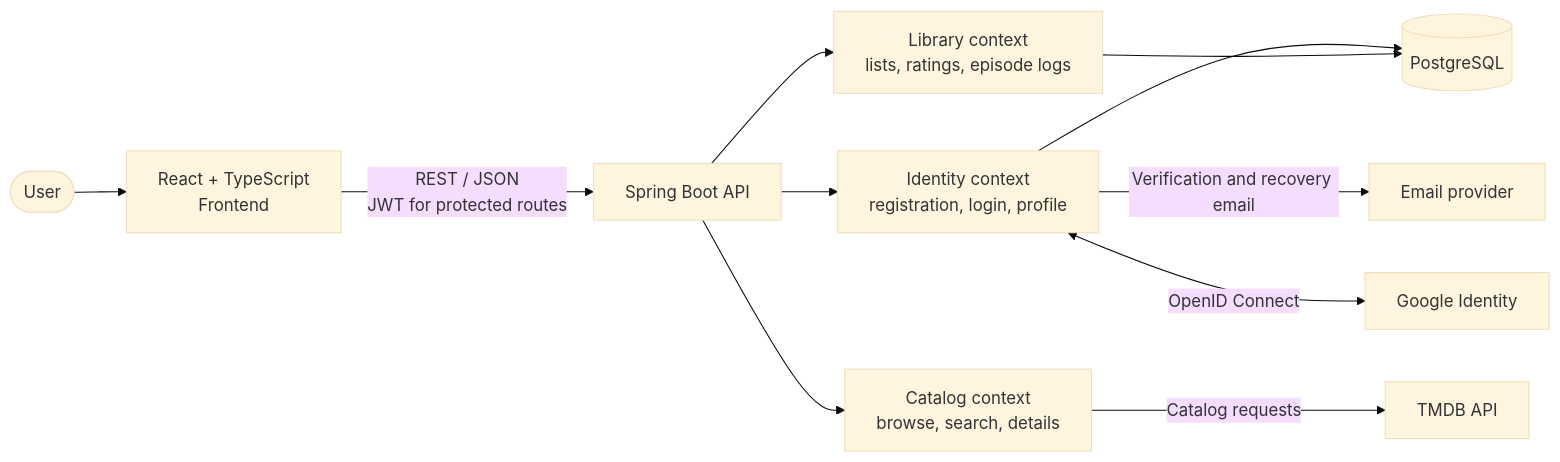
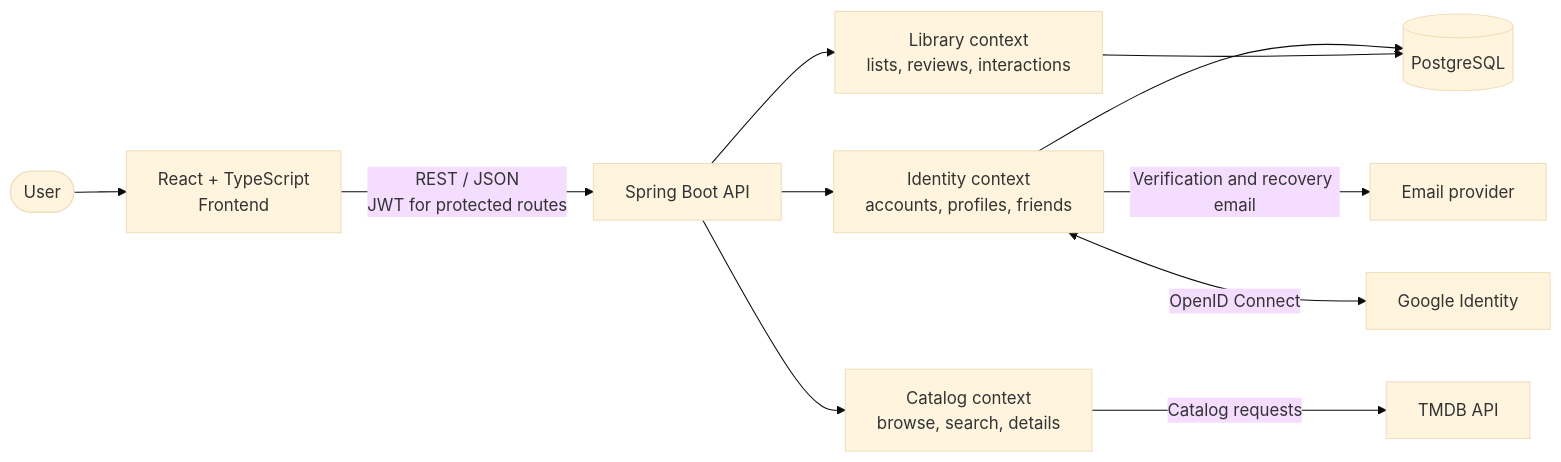
One commit to pedrocorsini/corsabox changed the diagram in README.md. Above: the diagram before and after it, drawn with Mermaid (base theme). The commit also changed other lines of this file and 1 other file, not shown here.

````diff
--- a/README.md
+++ b/README.md
@@ -49,13 +52,13 @@
 ```mermaid
 flowchart LR
     U([User]) --> B[React + TypeScript<br/>Frontend]
     B -->|REST / JSON<br/>JWT for protected routes| API[Spring Boot API]
-    API --> ID[Identity context<br/>registration, login, profile]
+    API --> ID[Identity context<br/>accounts, profiles, friends]
     API --> CAT[Catalog context<br/>browse, search, details]
-    API --> LIB[Library context<br/>lists, ratings, episode logs]
+    API --> LIB[Library context<br/>lists, reviews, interactions]
     ID --> DB[(PostgreSQL)]
     LIB --> DB
     CAT -->|Catalog requests| TMDB[TMDB API]
     ID -->|Verification and recovery email| MAIL[Email provider]
     ID <-->|OpenID Connect| GOOGLE[Google Identity]
 ```
````
